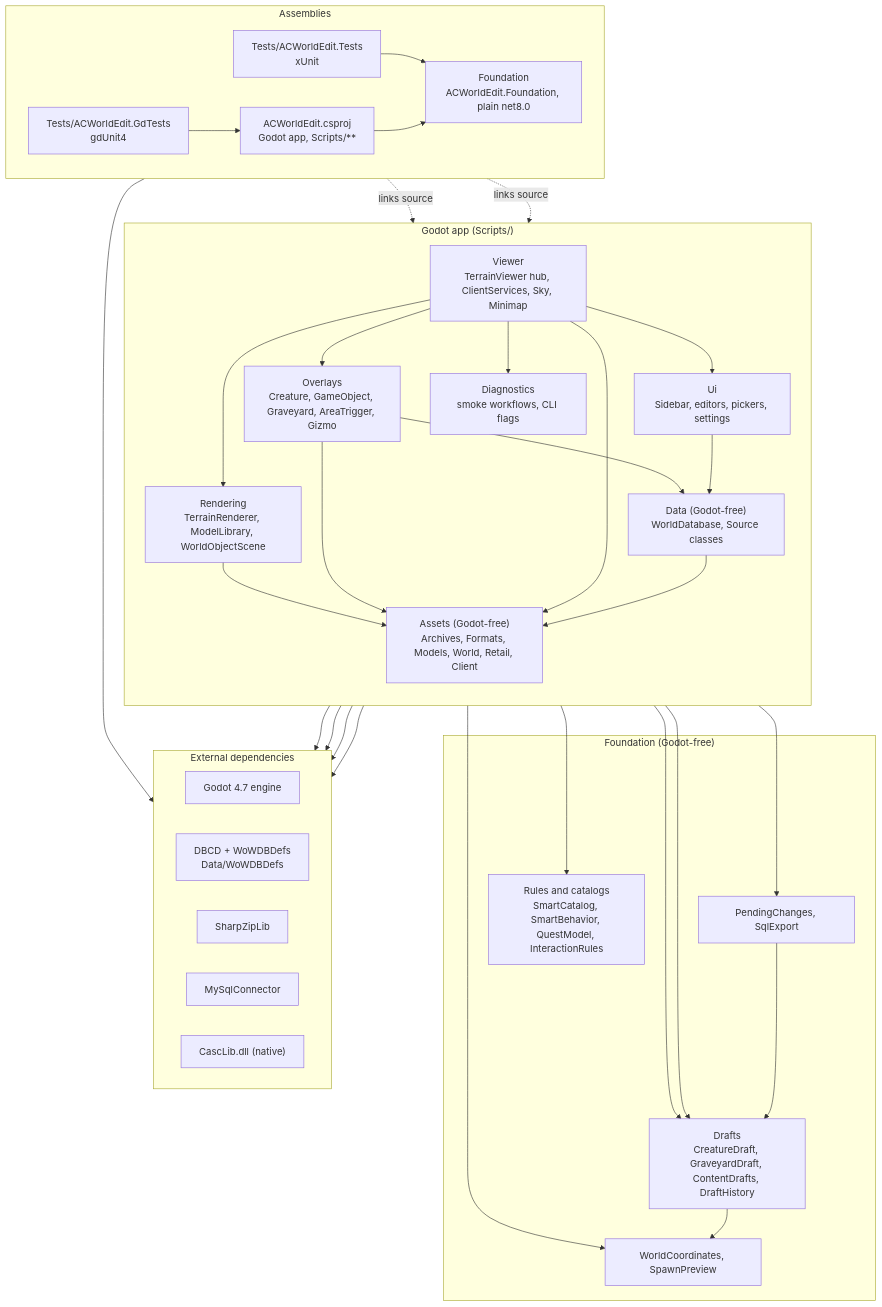
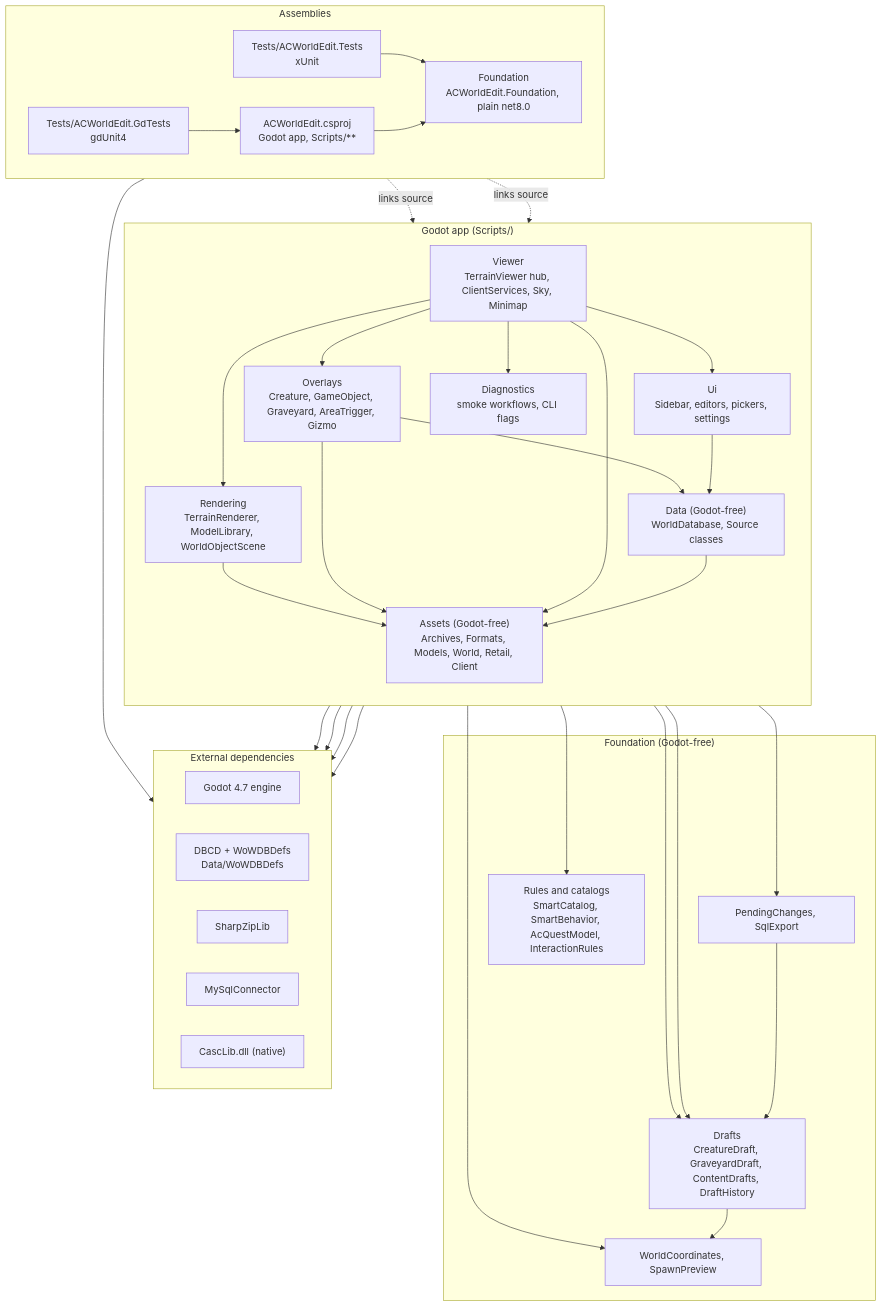
Before and after one commit to glitterfartz/ac-world-edit: the second of 2 diagrams in docs/ARCHITECTURE.md, drawn with Mermaid. The commit also changed 15 other files, not shown here.

First line of the commit message:
refactor(foundation): split QuestModel into AcQuestModel and QuestVocabulary

````diff
--- a/docs/ARCHITECTURE.md
+++ b/docs/ARCHITECTURE.md
@@ -40,65 +40,65 @@
 ```mermaid
 flowchart TB
     subgraph Assemblies
         direction LR
         app["ACWorldEdit.csproj<br/>Godot app, Scripts/**"]
         fdn["Foundation<br/>ACWorldEdit.Foundation, plain net8.0"]
         tests["Tests/ACWorldEdit.Tests<br/>xUnit"]
         gd["Tests/ACWorldEdit.GdTests<br/>gdUnit4"]
     end
 
     subgraph Godot_app["Godot app (Scripts/)"]
         direction TB
         viewer["Viewer<br/>TerrainViewer hub, ClientServices, Sky, Minimap"]
         render["Rendering<br/>TerrainRenderer, ModelLibrary, WorldObjectScene"]
         overlays["Overlays<br/>Creature, GameObject, Graveyard, AreaTrigger, Gizmo"]
         ui["Ui<br/>Sidebar, editors, pickers, settings"]
         diag["Diagnostics<br/>smoke workflows, CLI flags"]
         data["Data (Godot-free)<br/>WorldDatabase, Source classes"]
         assets["Assets (Godot-free)<br/>Archives, Formats, Models, World, Retail, Client"]
     end
 
     subgraph Shared_logic["Foundation (Godot-free)"]
         drafts["Drafts<br/>CreatureDraft, GraveyardDraft, ContentDrafts, DraftHistory"]
         export["PendingChanges, SqlExport"]
-        rules["Rules and catalogs<br/>SmartCatalog, SmartBehavior, QuestModel, InteractionRules"]
+        rules["Rules and catalogs<br/>SmartCatalog, SmartBehavior, AcQuestModel, InteractionRules"]
         coords["WorldCoordinates, SpawnPreview"]
     end
 
     subgraph External["External dependencies"]
         direction LR
         godot["Godot 4.7 engine"]
         dbcd["DBCD + WoWDBDefs<br/>Data/WoWDBDefs"]
         sharpzip["SharpZipLib"]
         mysql["MySqlConnector"]
         casc["CascLib.dll (native)"]
     end
 
     viewer --> render
     viewer --> overlays
     viewer --> ui
     viewer --> diag
     overlays --> data
     overlays --> drafts
     ui --> drafts
     ui --> data
     viewer --> export
     render --> assets
     overlays --> assets
     viewer --> assets
     data --> assets
     data --> rules
     data --> coords
     drafts --> coords
     export --> drafts
     app --> godot
     assets --> dbcd
     assets --> sharpzip
     assets --> casc
     data --> mysql
     tests -. links source .-> assets
     tests -. links source .-> data
     tests --> fdn
     gd --> app
     app --> fdn
 ```
````
